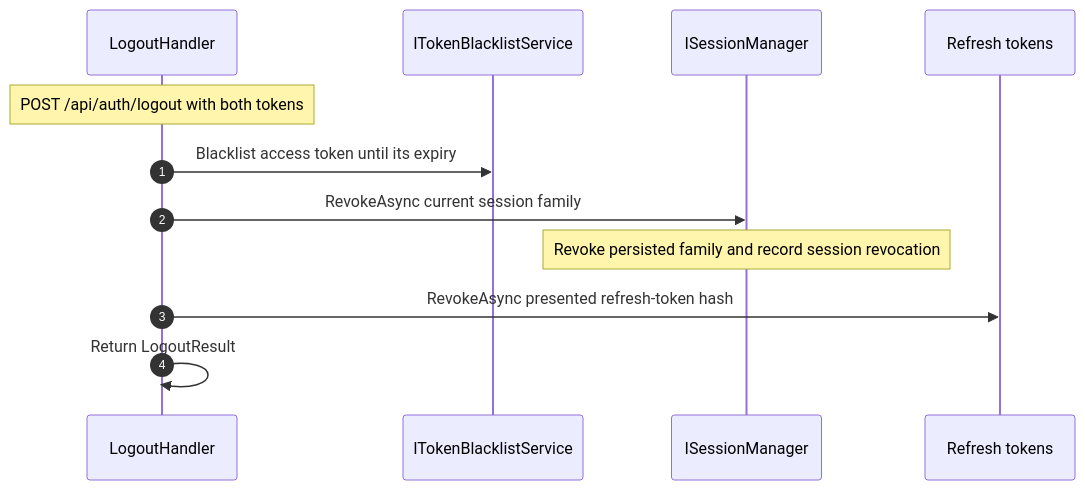
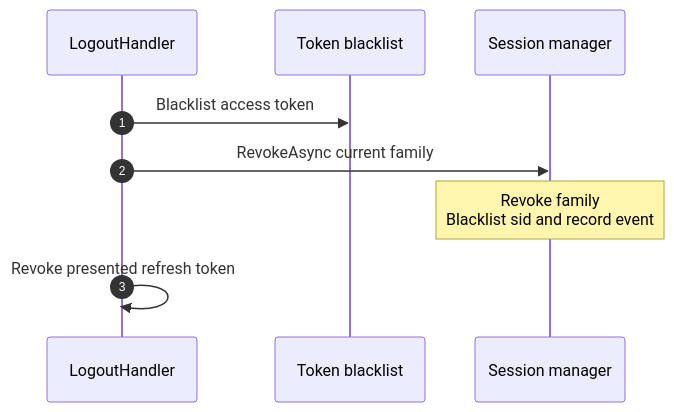
One commit to mhasabalah/StarterKit changed the fifth of 6 diagrams in wiki/Identity/jwt/JWT-AUTH-TECHNICAL-GUIDE.md. Above: the diagram before and after it, drawn with Mermaid. The commit also changed other lines of this file and 7 other files, not shown here.

````diff
--- a/wiki/Identity/jwt/JWT-AUTH-TECHNICAL-GUIDE.md
+++ b/wiki/Identity/jwt/JWT-AUTH-TECHNICAL-GUIDE.md
@@ -240,14 +151,11 @@
 ```mermaid
 sequenceDiagram
   autonumber
   participant L as LogoutHandler
-  participant B as ITokenBlacklistService
-  participant S as ISessionManager
-  participant R as Refresh tokens
-  Note over L: POST /api/auth/logout with both tokens
-  L->>B: Blacklist access token until its expiry
-  L->>S: RevokeAsync current session family
-  Note over S: Revoke persisted family and record session revocation
-  L->>R: RevokeAsync presented refresh-token hash
-  L->>L: Return LogoutResult
+  participant B as Token blacklist
+  participant S as Session manager
+  L->>B: Blacklist access token
+  L->>S: RevokeAsync current family
+  Note over S: Revoke family<br/>Blacklist sid and record event
+  L->>L: Revoke presented refresh token
 ```
````
